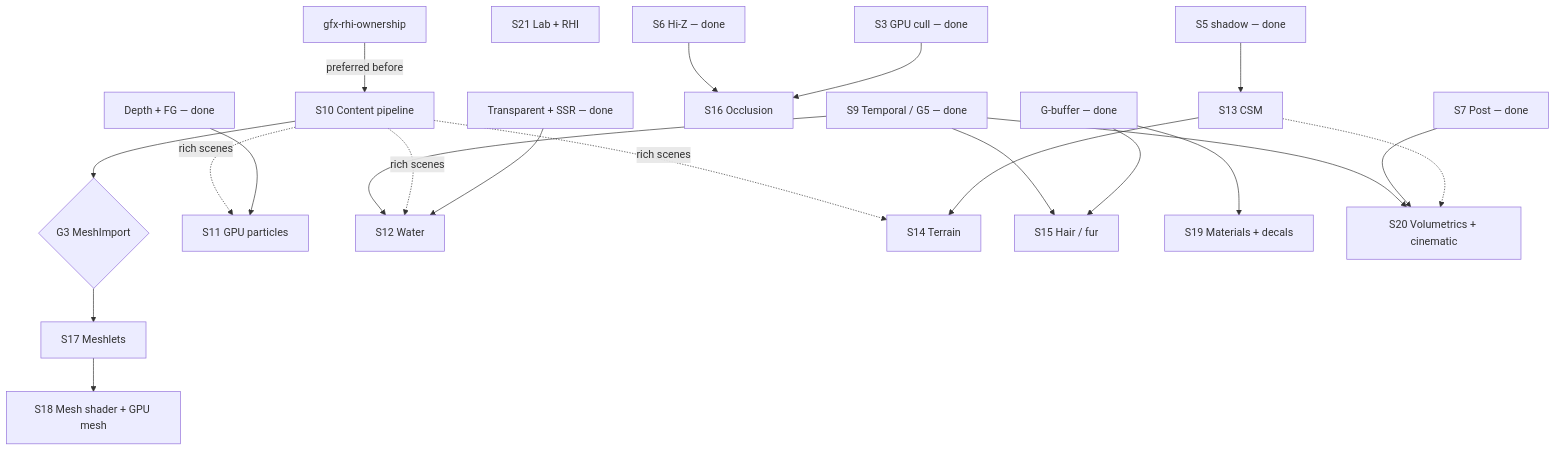
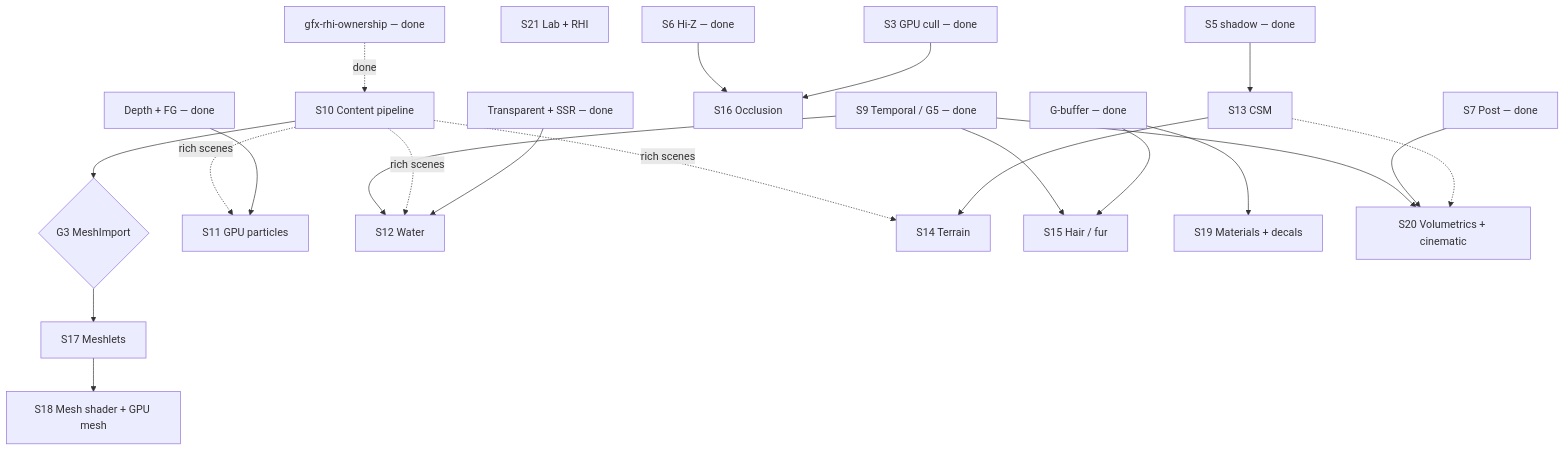
One commit to PluseggWill/SiriusEngine_VulkanReboot changed the diagram in Docs/Active-Plan.md. Above: the diagram before and after it, drawn with Mermaid. The commit also changed other lines of this file and 37 other files, not shown here.

First line of the commit message:
[VulkanDesktop] Complete Gfx ownership O5: peel Init and thin RC shells.

````diff
--- a/Docs/Active-Plan.md
+++ b/Docs/Active-Plan.md
@@ -37,37 +36,37 @@
 ```mermaid
 flowchart TB
   S9done[S9 Temporal / G5 — done]
   S10[S10 Content pipeline]
   G3{G3 MeshImport}
   S11[S11 GPU particles]
   S12[S12 Water]
   S13[S13 CSM]
   S14[S14 Terrain]
   S15[S15 Hair / fur]
   S16[S16 Occlusion]
   S17[S17 Meshlets]
   S18[S18 Mesh shader + GPU mesh]
   S19[S19 Materials + decals]
   S20[S20 Volumetrics + cinematic]
-  Own[gfx-rhi-ownership]
+  OwnDone[gfx-rhi-ownership — done]
   S21[S21 Lab + RHI]
 
-  Own -->|preferred before| S10
+  OwnDone -.->|done| S10
   S9done --> S12
   S9done --> S15
   S9done --> S20
   S10 --> G3
   S10 -.->|rich scenes| S11
   S10 -.->|rich scenes| S12
   S10 -.->|rich scenes| S14
   DepthFG[Depth + FG — done] --> S11
   TransSSR[Transparent + SSR — done] --> S12
   S5done[S5 shadow — done] --> S13 --> S14
   GBdone[G-buffer — done] --> S15
   GBdone --> S19
   S6done[S6 Hi-Z — done] --> S16
   S3done[S3 GPU cull — done] --> S16
   G3 --> S17 --> S18
   S7done[S7 Post — done] --> S20
   S13 -.-> S20
 ```
````
